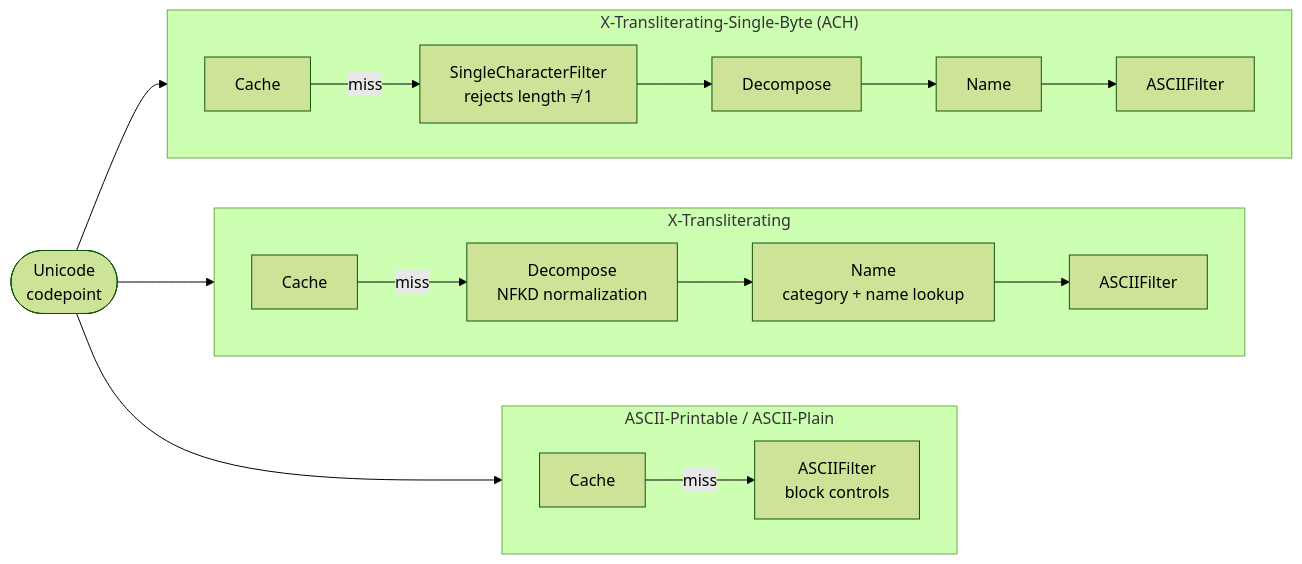
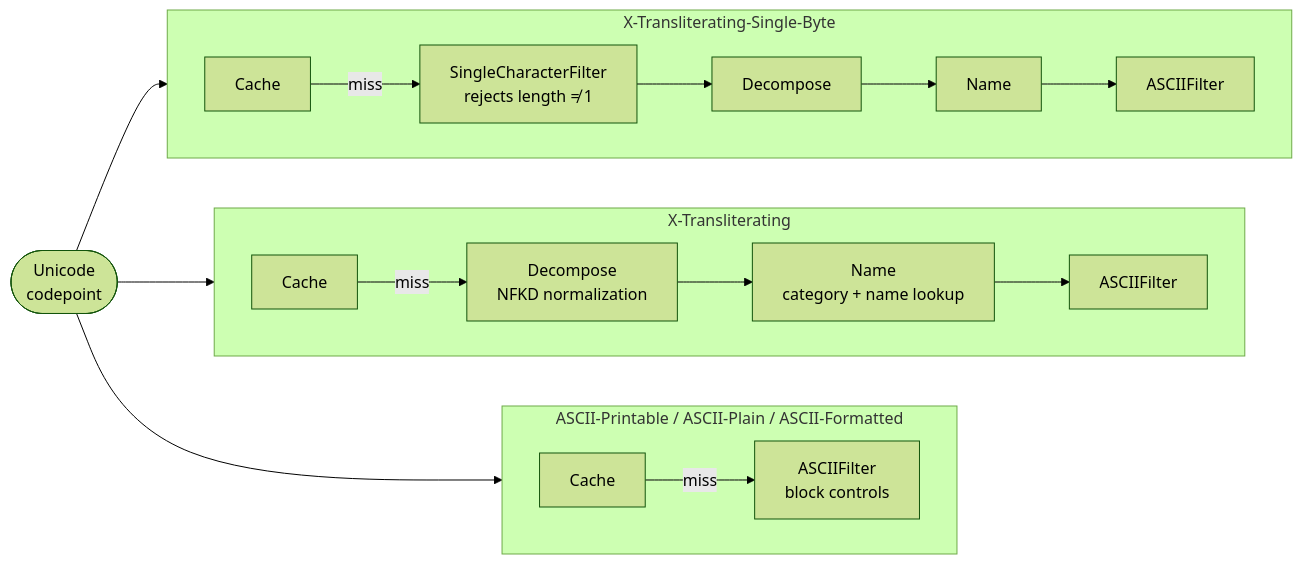
Before and after one commit to bhanafee/ASCIISafeCharsets: the second of 3 diagrams in README.md, drawn with Mermaid (forest theme). The commit also changed other lines of this file and 3 other files, not shown here.

First line of the commit message:
feat: add ASCII-Formatted charset; fix ASCII-Plain CR handling (#16)

````diff
--- a/README.md
+++ b/README.md
@@ -105,34 +107,34 @@
 ```mermaid
 flowchart LR
     Input(["Unicode\ncodepoint"])
 
-    subgraph AP ["ASCII-Printable / ASCII-Plain"]
+    subgraph AP ["ASCII-Printable / ASCII-Plain / ASCII-Formatted"]
         direction LR
         CA["Cache"]
         FA["ASCIIFilter\nblock controls"]
         CA -->|miss| FA
     end
 
     subgraph XLIT ["X-Transliterating"]
         direction LR
         CX["Cache"]
         DX["Decompose\nNFKD normalization"]
         NX["Name\ncategory + name lookup"]
         FX["ASCIIFilter"]
         CX -->|miss| DX --> NX --> FX
     end
 
-    subgraph XLITSB ["X-Transliterating-Single-Byte (ACH)"]
+    subgraph XLITSB ["X-Transliterating-Single-Byte"]
         direction LR
         CS["Cache"]
         SS["SingleCharacterFilter\nrejects length ≠ 1"]
         DS["Decompose"]
         NS["Name"]
         FS["ASCIIFilter"]
         CS -->|miss| SS --> DS --> NS --> FS
     end
 
     Input --> CA
     Input --> CX
     Input --> CS
 ```
````
